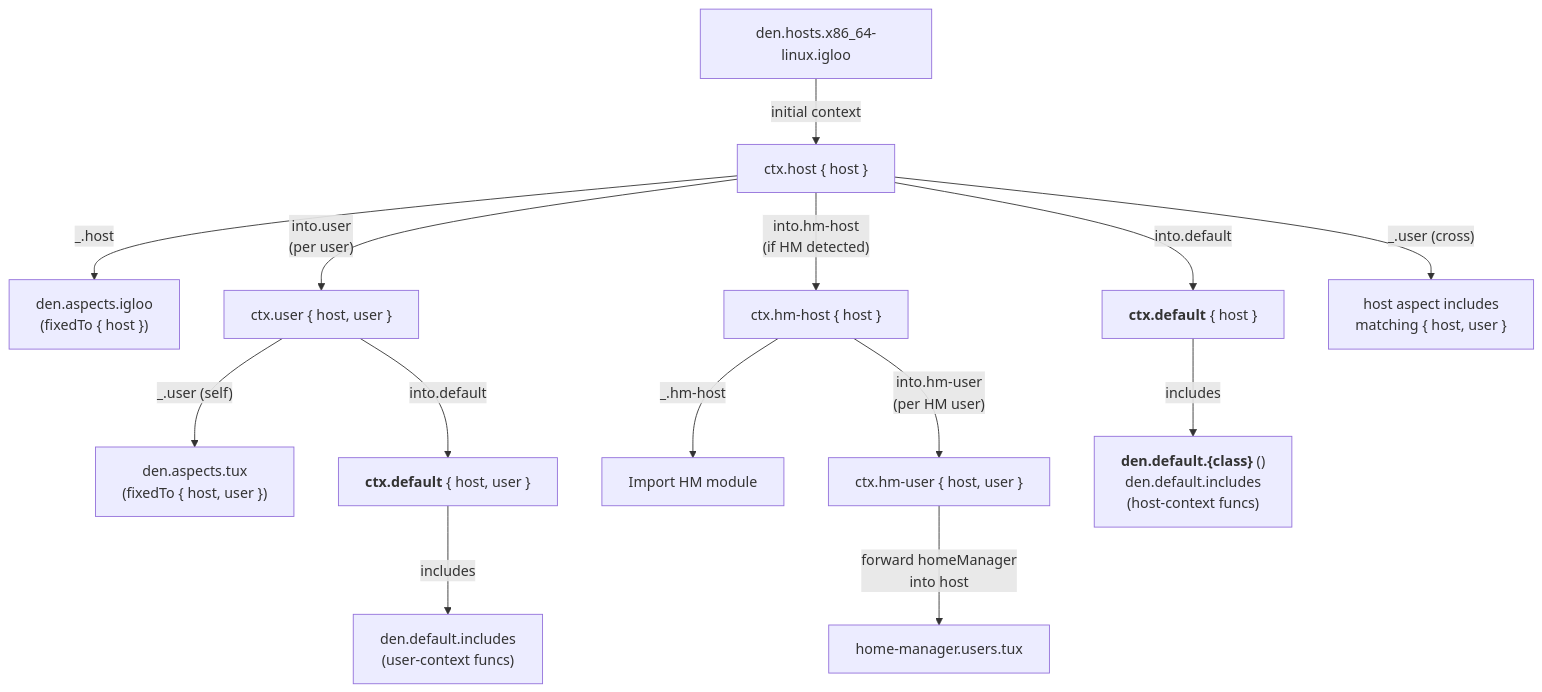
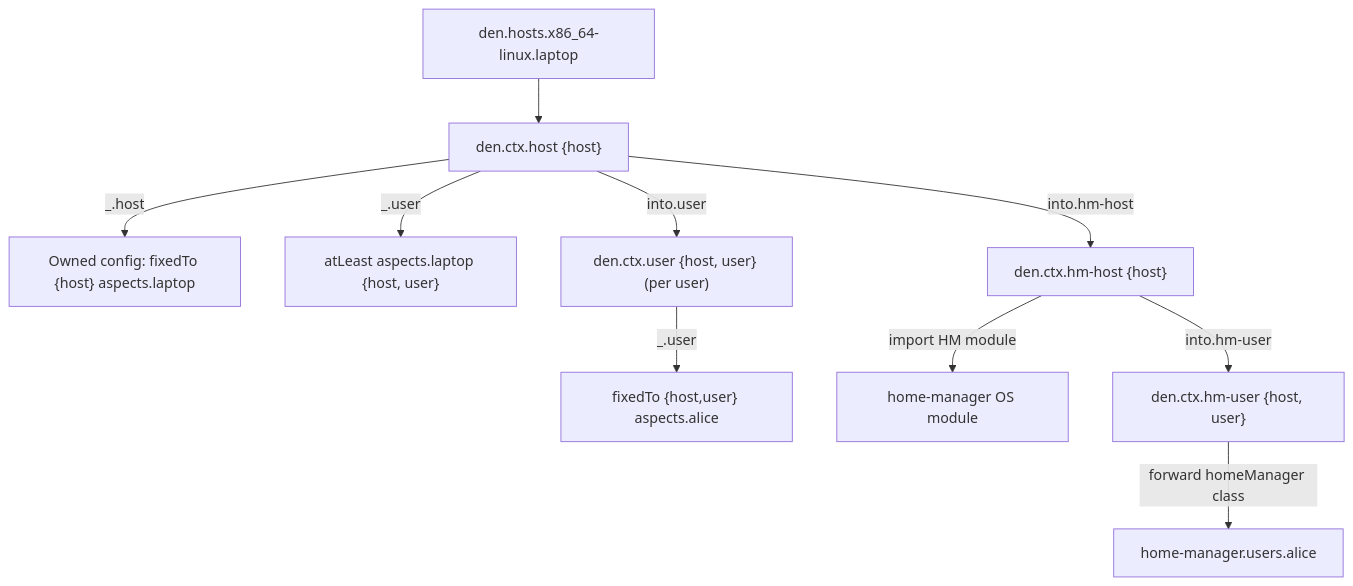
The first of 2 diagrams in docs/src/content/docs/explanation/context-pipeline.mdx (vic/den), drawn with Mermaid before and after one commit. The commit also changed other lines of this file and 32 other files, not shown here.

````diff
--- a/docs/src/content/docs/explanation/context-pipeline.mdx
+++ b/docs/src/content/docs/explanation/context-pipeline.mdx
@@ -18,22 +18,12 @@
 ```mermaid
-graph TD
-  Host["den.hosts.x86_64-linux.igloo"]
-  Host -->|"initial context"| CtxHost["ctx.host { host }"]
-
-  CtxHost -->|"_.host"| HA["den.aspects.igloo<br/>(fixedTo { host })"]
-  CtxHost -->|"into.default"| CtxDef1["<b>ctx.default</b> { host }"]
-  CtxHost -->|"into.user<br/>(per user)"| CtxUser["ctx.user { host, user }"]
-  CtxHost -->|"into.hm-host<br/>(if HM detected)"| CtxHM["ctx.hm-host { host }"]
-
-  CtxUser -->|"_.user (self)"| UA["den.aspects.tux<br/>(fixedTo { host, user })"]
-  CtxHost -->|"_.user (cross)"| XP["host aspect includes<br/>matching { host, user }"]
-  CtxUser -->|"into.default"| CtxDef2["<b>ctx.default</b> { host, user }"]
-
-  CtxHM -->|"_.hm-host"| HMmod["Import HM module"]
-  CtxHM -->|"into.hm-user<br/>(per HM user)"| CtxHMU["ctx.hm-user { host, user }"]
-
-  CtxHMU -->|"forward homeManager<br/>into host"| FW["home-manager.users.tux"]
-
-  CtxDef1 -->|"includes"| DI1["<b>den.default.{class}</b> ()<br/>den.default.includes<br/>(host-context funcs)"]
-  CtxDef2 -->|"includes"| DI2["den.default.includes<br/>(user-context funcs)"]
+flowchart TD
+  start["den.hosts.x86_64-linux.laptop"] --> host["den.ctx.host {host}"]
+  host -->|"_.host"| owned["Owned config: fixedTo {host} aspects.laptop"]
+  host -->|"_.user"| userctx["atLeast aspects.laptop {host, user}"]
+  host -->|"into.user"| user["den.ctx.user {host, user} (per user)"]
+  user -->|"_.user"| userown["fixedTo {host,user} aspects.alice"]
+  host -->|"into.hm-host"| hmhost["den.ctx.hm-host {host}"]
+  hmhost -->|"import HM module"| hmmod["home-manager OS module"]
+  hmhost -->|"into.hm-user"| hmuser["den.ctx.hm-user {host, user}"]
+  hmuser -->|"forward homeManager class"| fwd["home-manager.users.alice"]
 ```
````
